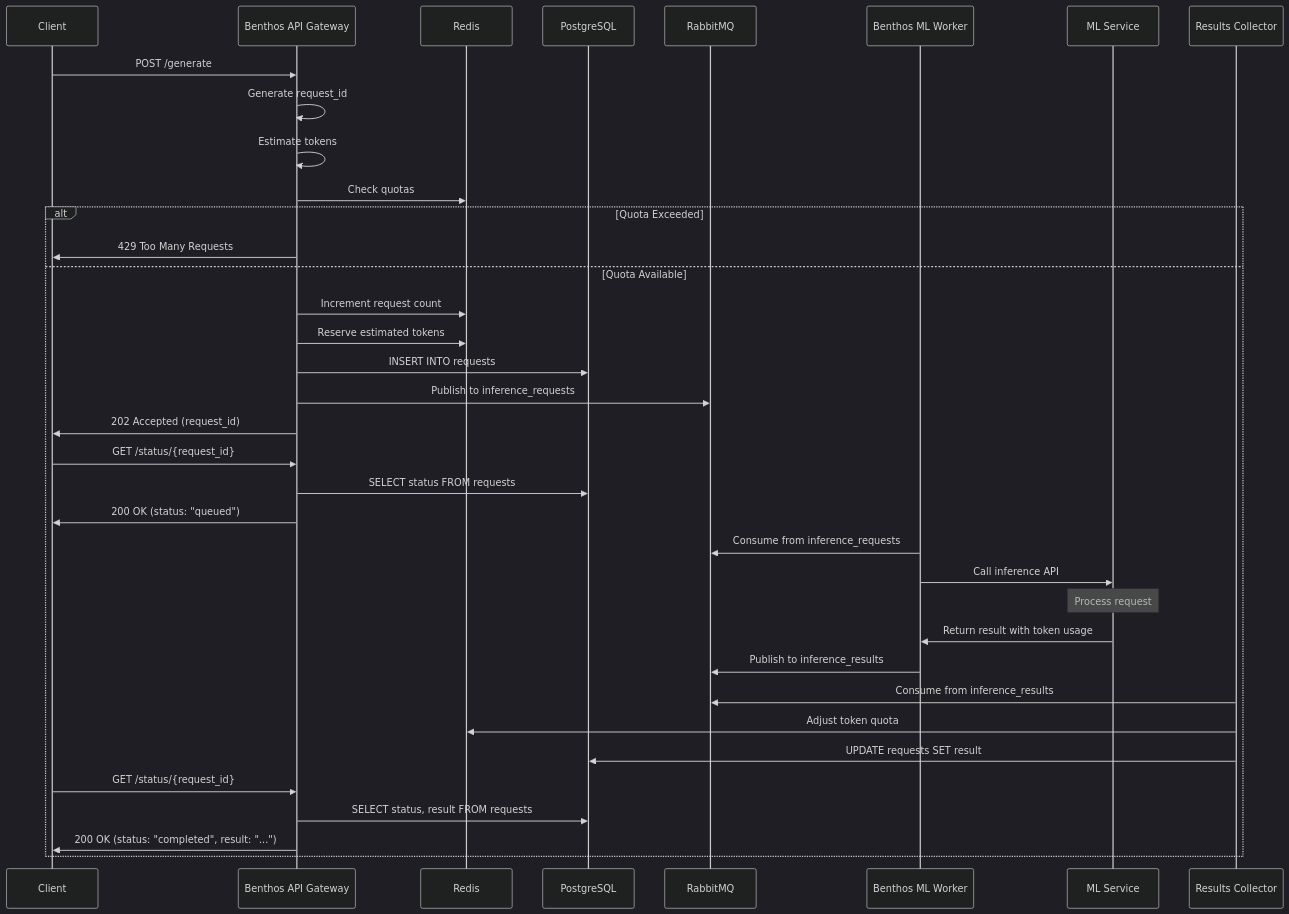
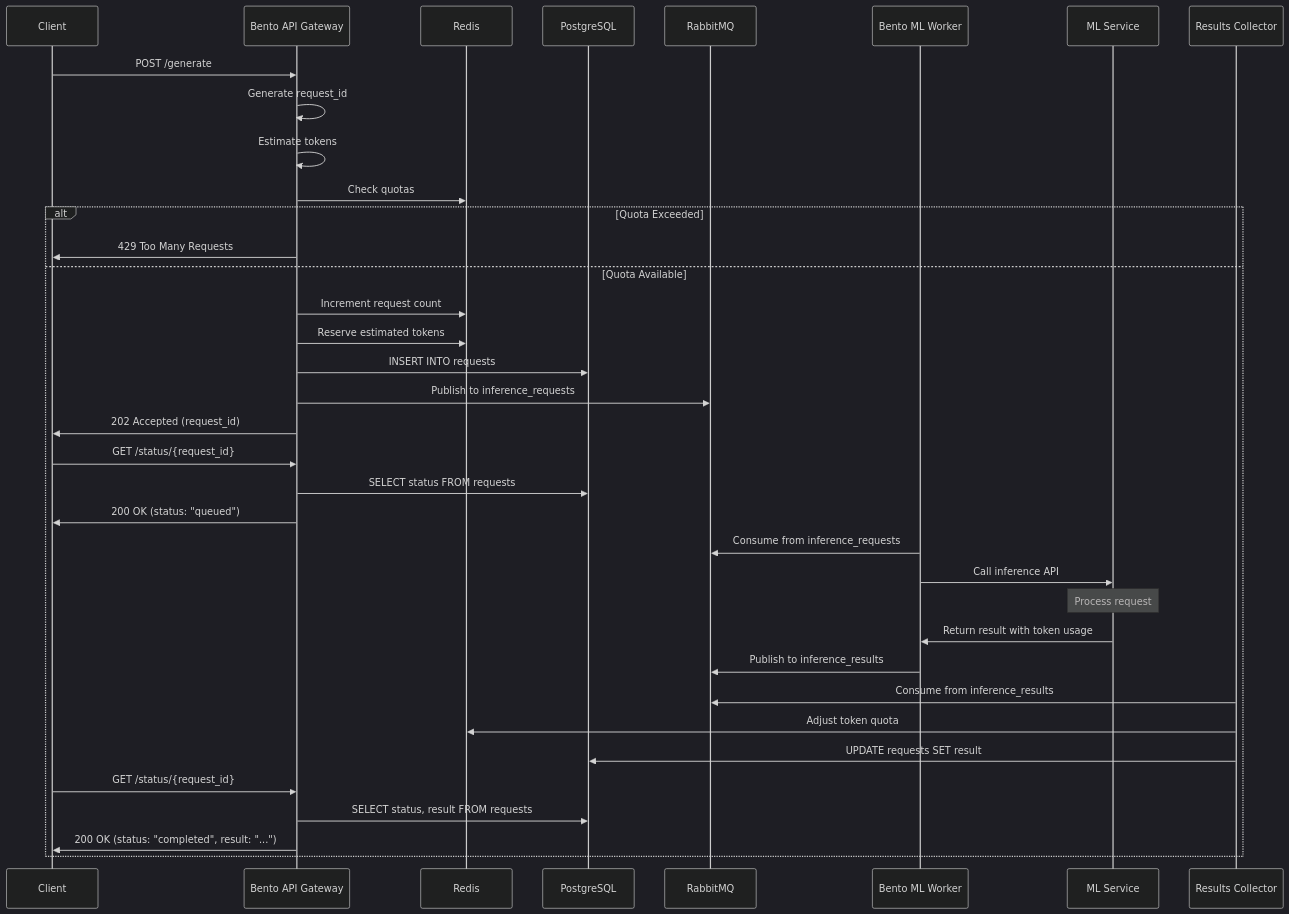
One commit to devops-360-online/go-with-me-ml changed the second of 5 diagrams in docs/01-architecture/overview.md. Above: the diagram before and after it, drawn with Mermaid (dark theme). The commit also changed other lines of this file and 16 other files, not shown here.

Commit message:
Update documentation for Bento-based architecture

````diff
--- a/docs/01-architecture/overview.md
+++ b/docs/01-architecture/overview.md
@@ -53,44 +53,44 @@
 ```mermaid
 sequenceDiagram
     participant Client
-    participant Gateway as Benthos API Gateway
+    participant Gateway as Bento API Gateway
     participant Redis
     participant DB as PostgreSQL
     participant Queue as RabbitMQ
-    participant Worker as Benthos ML Worker
+    participant Worker as Bento ML Worker
     participant ML as ML Service
     participant Collector as Results Collector
     
     Client->>Gateway: POST /generate
     Gateway->>Gateway: Generate request_id
     Gateway->>Gateway: Estimate tokens
     Gateway->>Redis: Check quotas
     
     alt Quota Exceeded
         Gateway->>Client: 429 Too Many Requests
     else Quota Available
         Gateway->>Redis: Increment request count
         Gateway->>Redis: Reserve estimated tokens
         Gateway->>DB: INSERT INTO requests
         Gateway->>Queue: Publish to inference_requests
         Gateway->>Client: 202 Accepted (request_id)
         
         Client->>Gateway: GET /status/{request_id}
         Gateway->>DB: SELECT status FROM requests
         Gateway->>Client: 200 OK (status: "queued")
         
         Worker->>Queue: Consume from inference_requests
         Worker->>ML: Call inference API
         Note over ML: Process request
         ML->>Worker: Return result with token usage
         Worker->>Queue: Publish to inference_results
         
         Collector->>Queue: Consume from inference_results
         Collector->>Redis: Adjust token quota
         Collector->>DB: UPDATE requests SET result
         
         Client->>Gateway: GET /status/{request_id}
         Gateway->>DB: SELECT status, result FROM requests
         Gateway->>Client: 200 OK (status: "completed", result: "...")
     end
 ```
````
